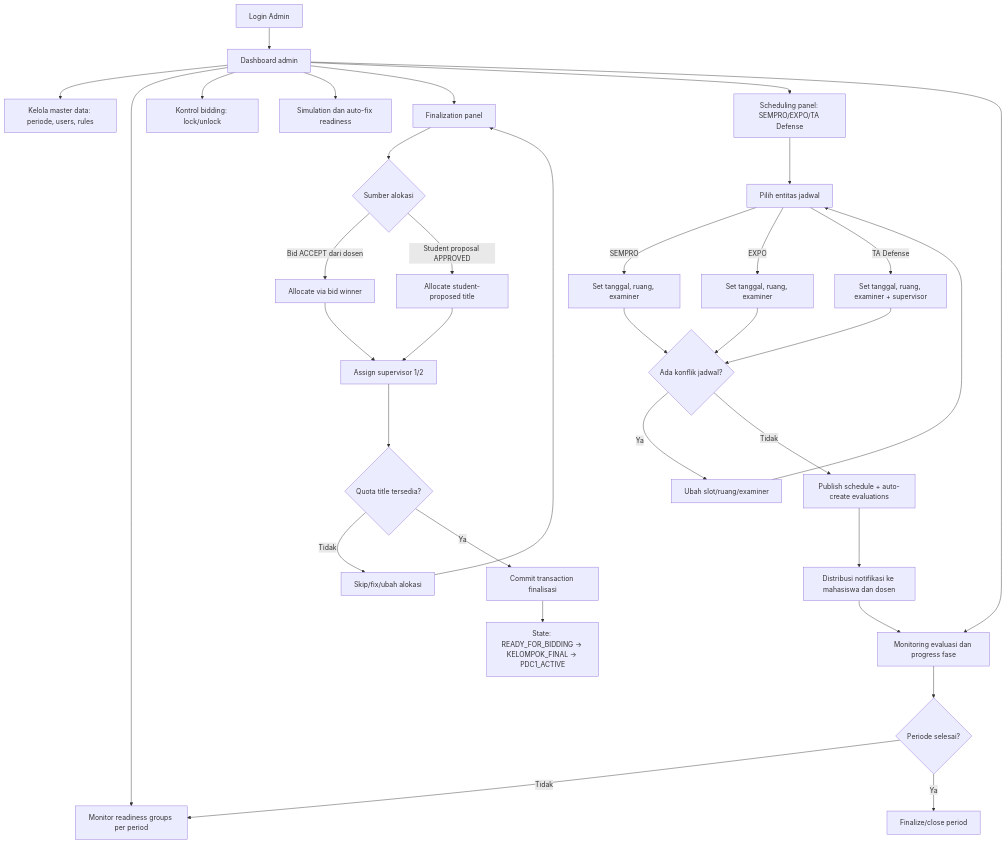
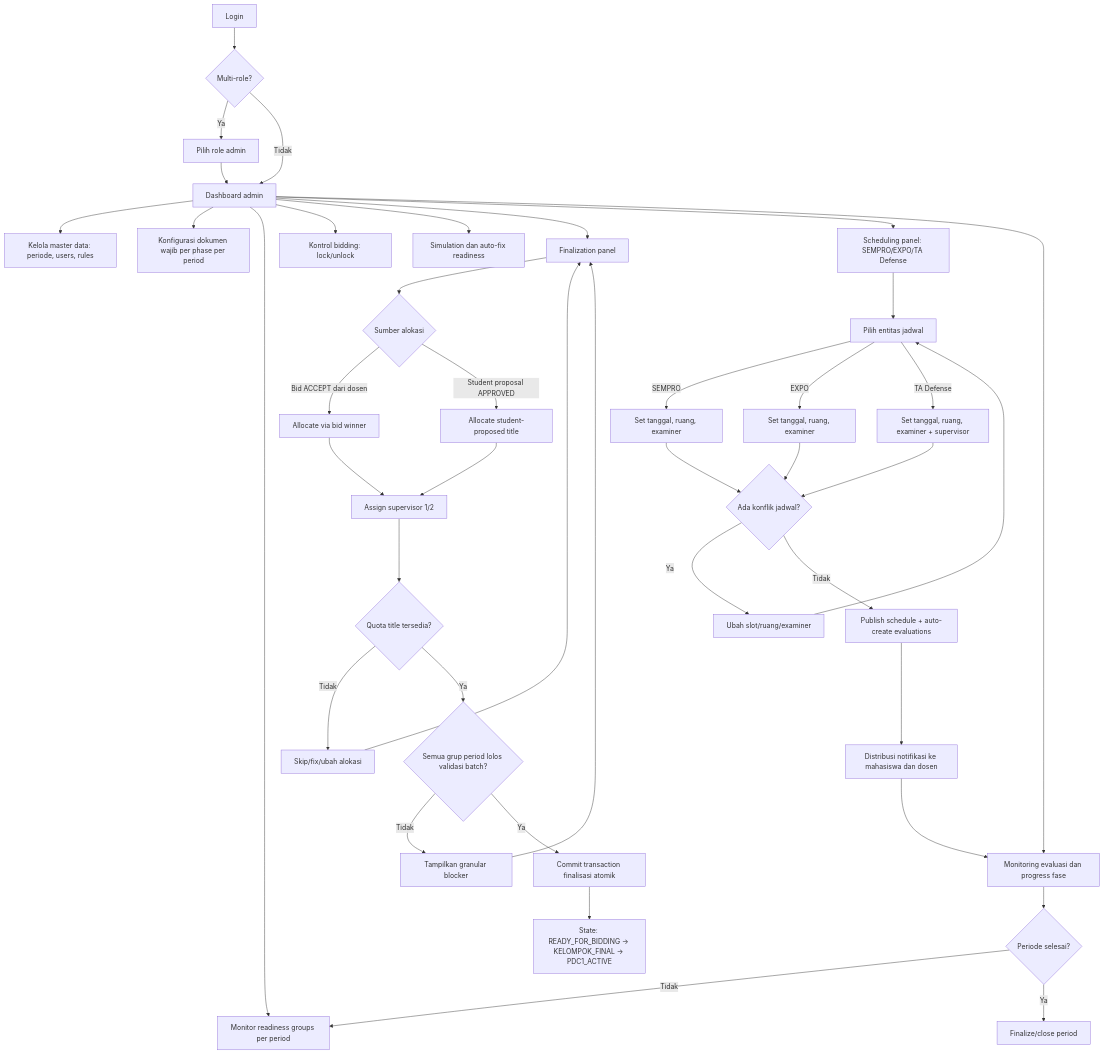
Before and after one commit to rizasaputra29/CTMS: the third of 5 diagrams in USER_FLOW_BUSINESS_FLOW.md, drawn with Mermaid. The commit also changed other lines of this file and 45 other files, not shown here.

Commit message:
docs: update user flow governance + comprehensive backend/frontend updates

````diff
--- a/USER_FLOW_BUSINESS_FLOW.md
+++ b/USER_FLOW_BUSINESS_FLOW.md
@@ -189,41 +206,49 @@
 ```mermaid
 flowchart TD
-   C1[Login Admin] --> C2[Dashboard admin]
+   C1[Login] --> C1a{Multi-role?}
+   C1a -- Ya --> C1b[Pilih role admin]
+   C1a -- Tidak --> C2
+   C1b --> C2[Dashboard admin]
+   
    C2 --> C3[Kelola master data: periode, users, rules]
+   C2 --> C3a[Konfigurasi dokumen wajib per phase per period]
    C2 --> C4[Monitor readiness groups per period]
    C2 --> C5[Kontrol bidding: lock/unlock]
    C2 --> C6[Simulation dan auto-fix readiness]
    C2 --> C7[Finalization panel]
    C2 --> C8[Scheduling panel: SEMPRO/EXPO/TA Defense]
    C2 --> C9[Monitoring evaluasi dan progress fase]
 
    C7 --> C10{Sumber alokasi}
    C10 -->|Bid ACCEPT dari dosen| C11[Allocate via bid winner]
    C10 -->|Student proposal APPROVED| C12[Allocate student-proposed title]
 
    C11 --> C13[Assign supervisor 1/2]
    C12 --> C13
    C13 --> C14{Quota title tersedia?}
    C14 -- Tidak --> C15[Skip/fix/ubah alokasi]
    C15 --> C7
-   C14 -- Ya --> C16[Commit transaction finalisasi]
-   C16 --> C17[State: READY_FOR_BIDDING -> KELOMPOK_FINAL -> PDC1_ACTIVE]
+   C14 -- Ya --> C16{Semua grup period lolos validasi batch?}
+   C16 -- Tidak --> C16a[Tampilkan granular blocker]
+   C16a --> C7
+   C16 -- Ya --> C17[Commit transaction finalisasi atomik]
+   C17 --> C18[State: READY_FOR_BIDDING -> KELOMPOK_FINAL -> PDC1_ACTIVE]
 
-   C8 --> C18[Pilih entitas jadwal]
-   C18 -->|SEMPRO| C19[Set tanggal, ruang, examiner]
-   C18 -->|EXPO| C20[Set tanggal, ruang, examiner]
-   C18 -->|TA Defense| C21[Set tanggal, ruang, examiner + supervisor]
+   C8 --> C19[Pilih entitas jadwal]
+   C19 -->|SEMPRO| C20[Set tanggal, ruang, examiner]
+   C19 -->|EXPO| C21[Set tanggal, ruang, examiner]
+   C19 -->|TA Defense| C22[Set tanggal, ruang, examiner + supervisor]
 
-   C19 --> C22{Ada konflik jadwal?}
-   C20 --> C22
-   C21 --> C22
-   C22 -- Ya --> C23[Ubah slot/ruang/examiner]
-   C23 --> C18
-   C22 -- Tidak --> C24[Publish schedule + auto-create evaluations]
+   C20 --> C23{Ada konflik jadwal?}
+   C21 --> C23
+   C22 --> C23
+   C23 -- Ya --> C24[Ubah slot/ruang/examiner]
+   C24 --> C19
+   C23 -- Tidak --> C25[Publish schedule + auto-create evaluations]
 
-   C24 --> C25[Distribusi notifikasi ke mahasiswa dan dosen]
-   C25 --> C9
-   C9 --> C26{Periode selesai?}
-   C26 -- Tidak --> C4
-   C26 -- Ya --> C27[Finalize/close period]
+   C25 --> C26[Distribusi notifikasi ke mahasiswa dan dosen]
+   C26 --> C9
+   C9 --> C27{Periode selesai?}
+   C27 -- Tidak --> C4
+   C27 -- Ya --> C28[Finalize/close period]
 ```
````
